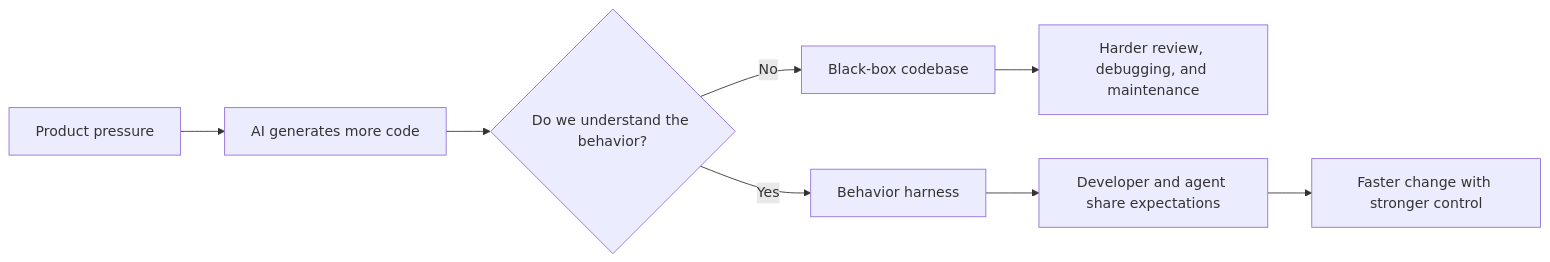
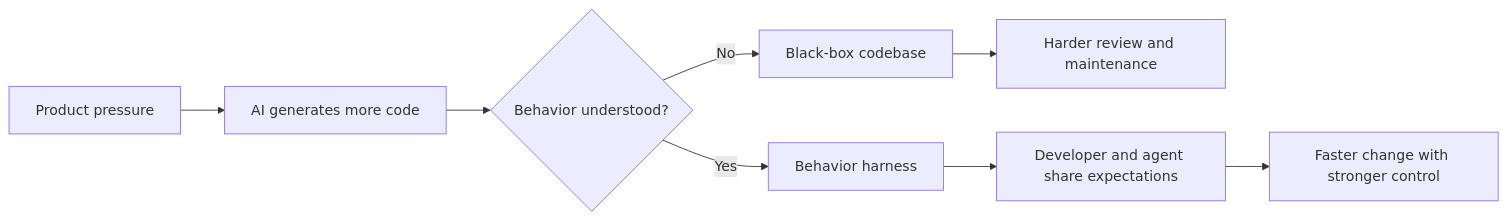
Before and after one commit to laid-backprogrammer/interactive-tdd-pedagogy-skills: the second of 3 diagrams in README.md, drawn with Mermaid. The commit also changed other lines of this file and 3 other files, not shown here.

````diff
--- a/README.md
+++ b/README.md
@@ -59,10 +113,10 @@
 ```mermaid
 flowchart LR
-  A["Product pressure"] --> B["AI generates more code"]
-  B --> C{"Do we understand the behavior?"}
-  C -- "No" --> D["Black-box codebase"]
-  D --> E["Harder review, debugging, and maintenance"]
-  C -- "Yes" --> F["Behavior harness"]
-  F --> G["Developer and agent share expectations"]
-  G --> H["Faster change with stronger control"]
+  P["Product pressure"] --> A["AI generates more code"]
+  A --> Q{"Behavior understood?"}
+  Q -- "No" --> B["Black-box codebase"]
+  B --> R["Harder review and maintenance"]
+  Q -- "Yes" --> H["Behavior harness"]
+  H --> C["Developer and agent share expectations"]
+  C --> O["Faster change with stronger control"]
 ```
````
